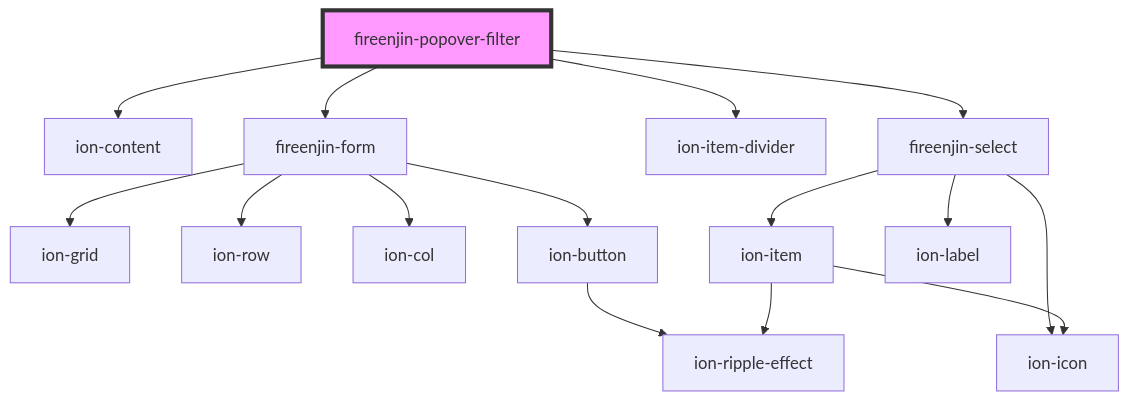
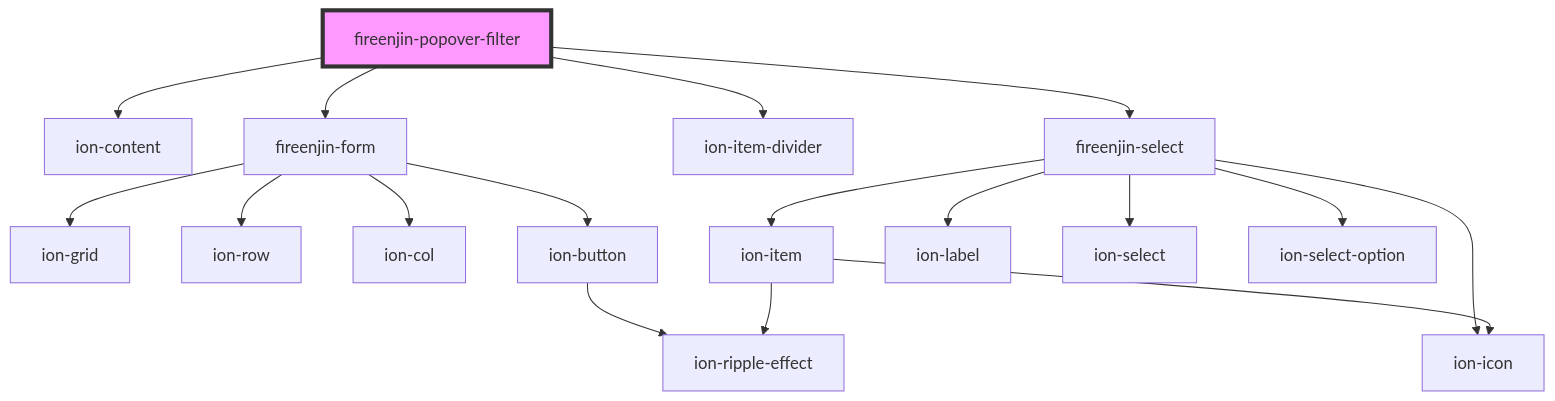
The diagram in src/components/popover-filter/readme.md (FireEnjin/Components), drawn with Mermaid before and after one commit. The commit also changed 5 other files, not shown here.

````diff
--- a/src/components/popover-filter/readme.md
+++ b/src/components/popover-filter/readme.md
@@ -26,18 +26,20 @@
 ```mermaid
 graph TD;
   fireenjin-popover-filter --> ion-content
   fireenjin-popover-filter --> fireenjin-form
   fireenjin-popover-filter --> ion-item-divider
   fireenjin-popover-filter --> fireenjin-select
   fireenjin-form --> ion-grid
   fireenjin-form --> ion-row
   fireenjin-form --> ion-col
   fireenjin-form --> ion-button
   ion-button --> ion-ripple-effect
   fireenjin-select --> ion-item
   fireenjin-select --> ion-icon
   fireenjin-select --> ion-label
+  fireenjin-select --> ion-select
+  fireenjin-select --> ion-select-option
   ion-item --> ion-icon
   ion-item --> ion-ripple-effect
   style fireenjin-popover-filter fill:#f9f,stroke:#333,stroke-width:4px
 ```
````
